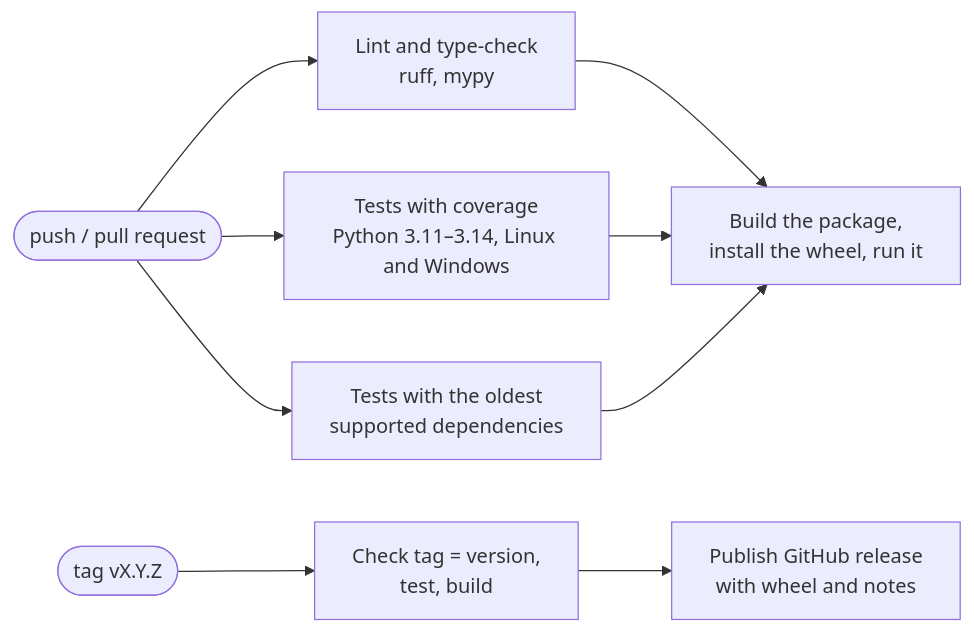
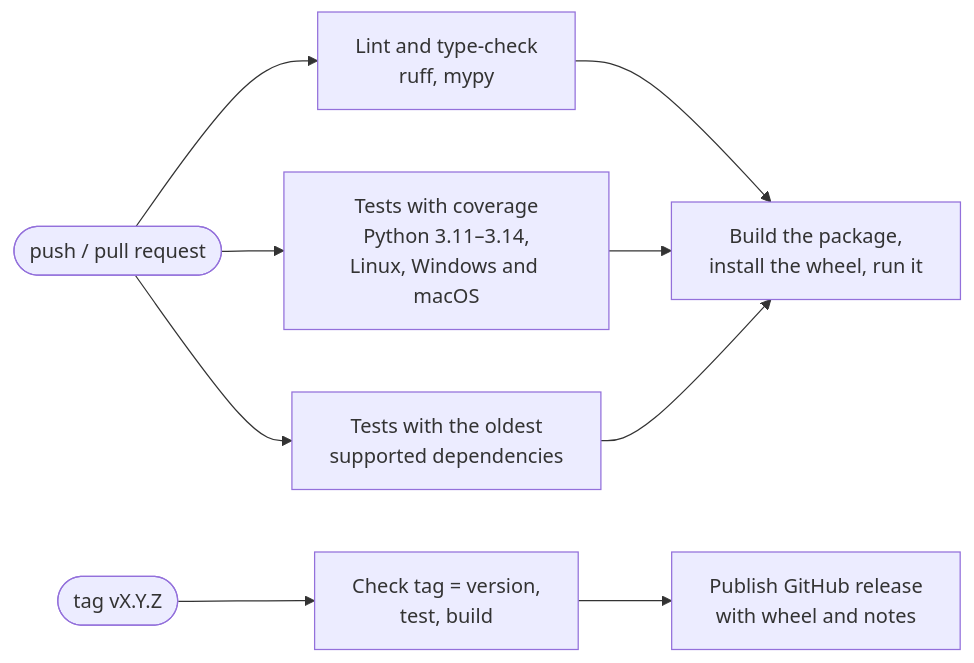
One commit to KuanshpekZ/labcurve changed the diagram in README.md. Above: the diagram before and after it, drawn with Mermaid. The commit also changed other lines of this file and 2 other files, not shown here.

First line of the commit message:
ci: run the tests on macOS as well

````diff
--- a/README.md
+++ b/README.md
@@ -333,12 +333,12 @@
 ```mermaid
 flowchart LR
     push(["push / pull request"]) --> lint["Lint and type-check<br/>ruff, mypy"]
-    push --> test["Tests with coverage<br/>Python 3.11–3.14, Linux and Windows"]
+    push --> test["Tests with coverage<br/>Python 3.11–3.14,<br/>Linux, Windows and macOS"]
     push --> oldest["Tests with the oldest<br/>supported dependencies"]
     lint --> build["Build the package,<br/>install the wheel, run it"]
     test --> build
     oldest --> build
 
     tag(["tag vX.Y.Z"]) --> verify["Check tag = version,<br/>test, build"]
     verify --> release["Publish GitHub release<br/>with wheel and notes"]
 ```
````
